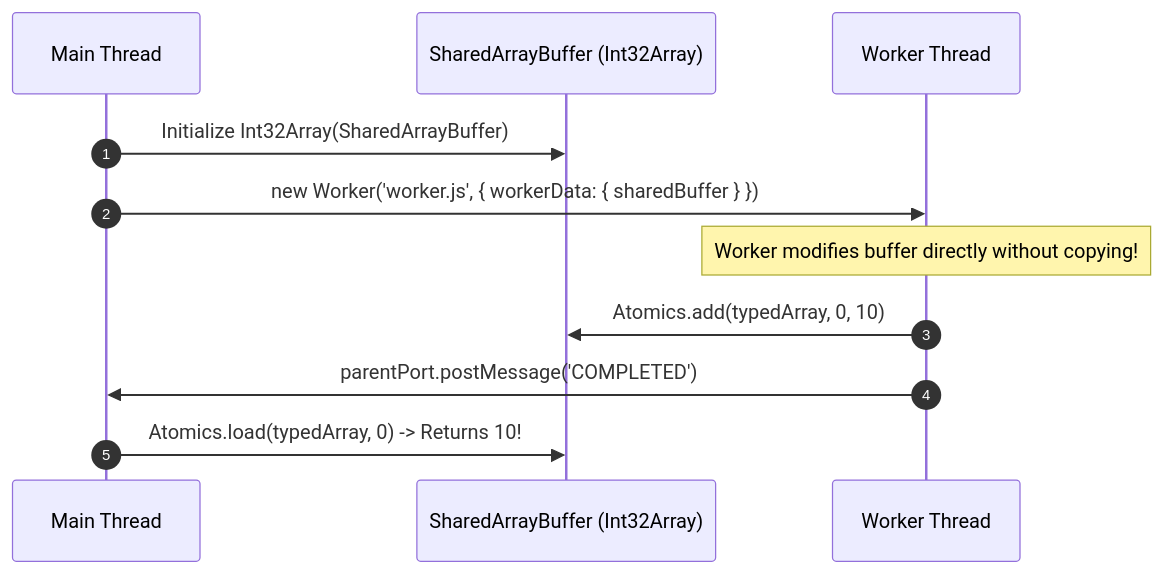
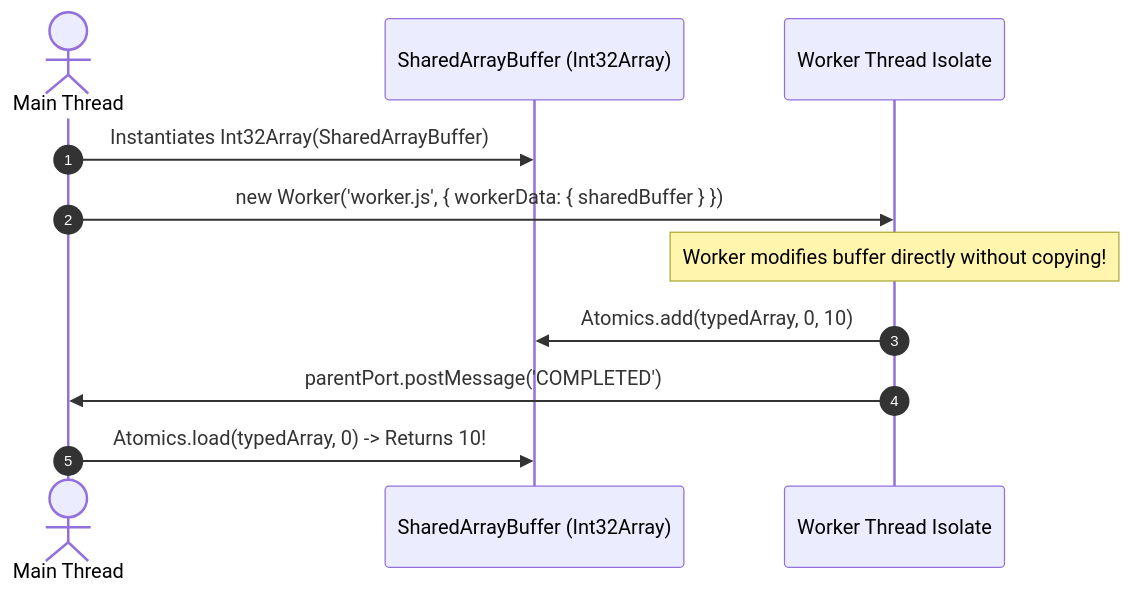
The third of 3 diagrams in nodejs-notes/18-worker-threads.md (Amie-dev/engineering-playbook), drawn with Mermaid before and after one commit. The commit also changed other lines of this file and 31 other files, not shown here.

````diff
--- a/nodejs-notes/18-worker-threads.md
+++ b/nodejs-notes/18-worker-threads.md
@@ -73,16 +81,16 @@
 ```mermaid
 sequenceDiagram
     autonumber
-    participant Main as Main Thread
+    actor Main as Main Thread
     participant Shared as SharedArrayBuffer (Int32Array)
-    participant Worker as Worker Thread
+    participant Worker as Worker Thread Isolate
 
-    Main->>Shared: Initialize Int32Array(SharedArrayBuffer)
+    Main->>Shared: Instantiates Int32Array(SharedArrayBuffer)
     Main->>Worker: new Worker('worker.js', { workerData: { sharedBuffer } })
     
-    Note over Worker: Worker modifies buffer directly without copying!
+    note over Worker: Worker modifies buffer directly without copying!
     Worker->>Shared: Atomics.add(typedArray, 0, 10)
     Worker->>Main: parentPort.postMessage('COMPLETED')
     
     Main->>Shared: Atomics.load(typedArray, 0) -> Returns 10!
 ```
````
